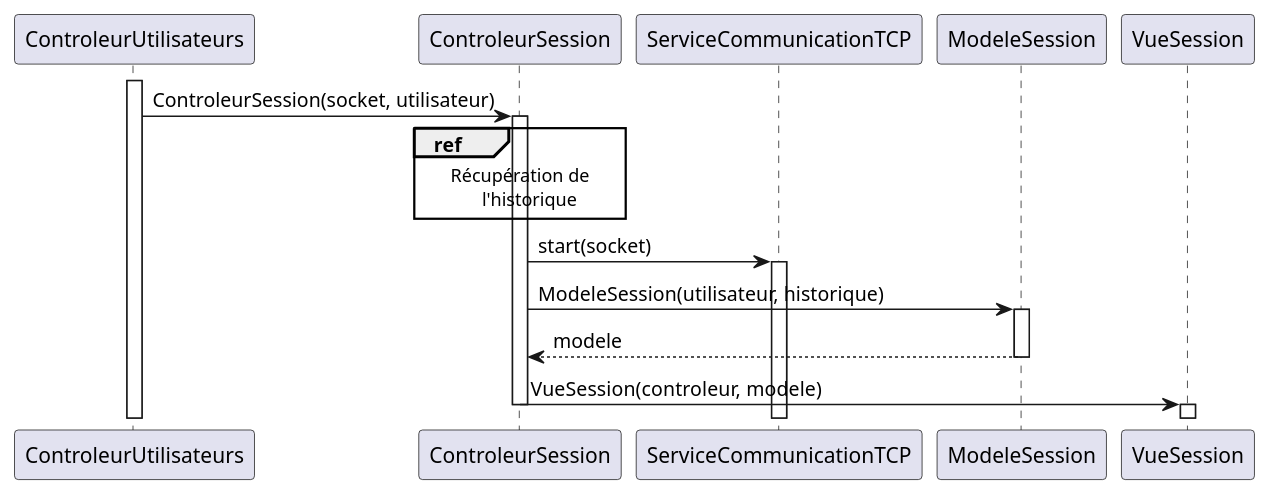
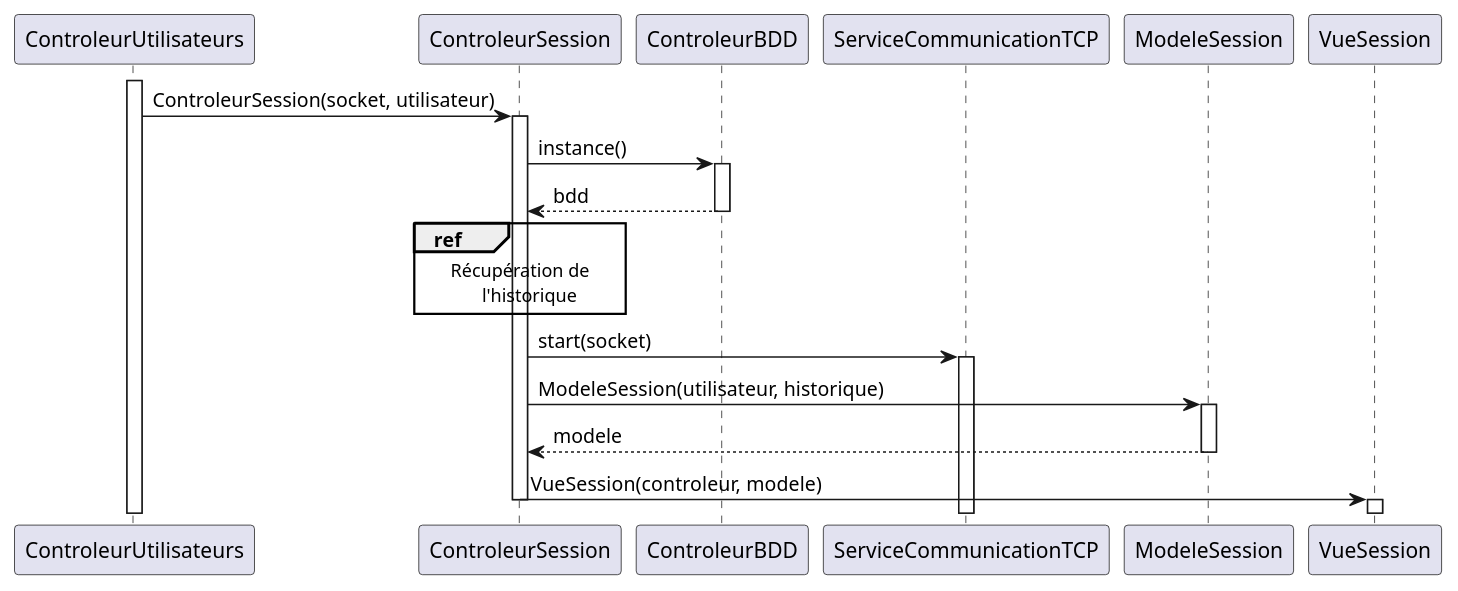
Before and after one commit to arc-hugo/clavardage_uml: the diagram in sequence/creation_session.wsd, drawn with PlantUML. The commit also changed 1 other file, not shown here.

Commit message:
correction controleur bdd

```diff
--- a/sequence/creation_session.wsd
+++ b/sequence/creation_session.wsd
@@ -1,18 +1,22 @@
 @startuml creation_session
 activate ControleurUtilisateurs
 ControleurUtilisateurs -> ControleurSession : ControleurSession(socket, utilisateur)
 activate ControleurSession
+ControleurSession -> ControleurBDD : instance()
+activate ControleurBDD
+ControleurBDD --> ControleurSession : bdd
+deactivate
 ref over ControleurSession
     Récupération de
         l'historique
 end ref
 ControleurSession -> ServiceCommunicationTCP : start(socket)
 activate ServiceCommunicationTCP
 ControleurSession -> ModeleSession : ModeleSession(utilisateur, historique)
 activate ModeleSession
 ModeleSession --> ControleurSession : modele
 deactivate ModeleSession
 ControleurSession -> VueSession : VueSession(controleur, modele)
 deactivate ControleurSession
 activate VueSession
 @enduml
```
